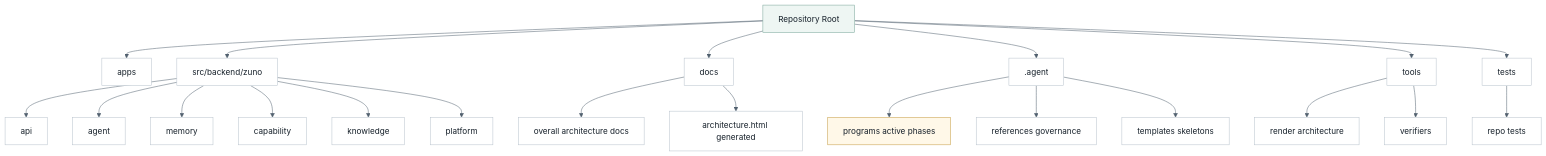
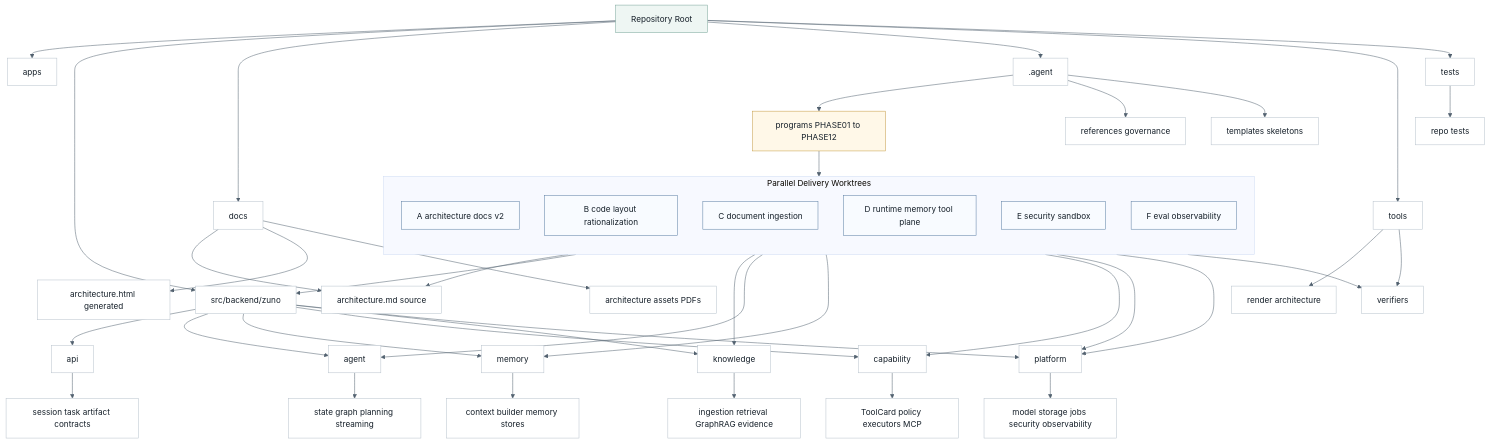
Before and after one commit to ProfessorZhi/Zuno: the second of 10 diagrams in .agent/architecture/architecture.md, drawn with Mermaid. The commit also changed other lines of this file and 18 other files, not shown here.

Commit message:
docs: absorb latest architecture research blueprint

````diff
--- a/.agent/architecture/architecture.md
+++ b/.agent/architecture/architecture.md
@@ -397,30 +434,59 @@
 ```mermaid
 %%{init: {"theme": "base", "themeVariables": {"background": "#f7f8fb", "lineColor": "#52616f"}}}%%
 flowchart TB
   classDef node fill:#ffffff,stroke:#b8c2cc,stroke-width:1px,color:#16202a;
   classDef accent fill:#eef6f3,stroke:#7aa59a,stroke-width:1px,color:#16202a;
   classDef guard fill:#fff8e8,stroke:#c59b43,stroke-width:1px,color:#16202a;
+  classDef work fill:#f8fbff,stroke:#5b7fa3,stroke-width:1px,color:#16202a;
 
   R["Repository Root"]:::accent
   R --> APPS["apps"]
   R --> BACKEND["src/backend/zuno"]
   R --> DOCS["docs"]
   R --> AGENT[".agent"]
   R --> TOOLS["tools"]
   R --> TESTS["tests"]
   BACKEND --> API["api"]
   BACKEND --> AG["agent"]
   BACKEND --> MEM["memory"]
   BACKEND --> CAP["capability"]
   BACKEND --> KNO["knowledge"]
   BACKEND --> PLA["platform"]
-  DOCS --> FORMAL["overall architecture docs"]
+  API --> APISTATE["session task artifact contracts"]
+  AG --> RUNTIME["state graph planning streaming"]
+  MEM --> MEMSYS["context builder memory stores"]
+  CAP --> TOOLSYS["ToolCard policy executors MCP"]
+  KNO --> KNOWSYS["ingestion retrieval GraphRAG evidence"]
+  PLA --> PLATSYS["model storage jobs security observability"]
+  DOCS --> FORMAL["architecture.md source"]
   DOCS --> HTML["architecture.html generated"]
-  AGENT --> PROGRAM["programs active phases"]:::guard
+  DOCS --> ASSETS["architecture assets PDFs"]
+  AGENT --> PROGRAM["programs PHASE01 to PHASE12"]:::guard
   AGENT --> REFS["references governance"]
   AGENT --> TPL["templates skeletons"]
   TOOLS --> RENDER["render architecture"]
   TOOLS --> VERIFY["verifiers"]
   TESTS --> REPO["repo tests"]
-  class APPS,BACKEND,DOCS,AGENT,TOOLS,TESTS,API,AG,MEM,CAP,KNO,PLA,FORMAL,HTML,REFS,TPL,RENDER,VERIFY,REPO node;
+
+  subgraph WORK["Parallel Delivery Worktrees"]
+    direction TB
+    WA["A architecture docs v2"]:::work
+    WB["B code layout rationalization"]:::work
+    WC["C document ingestion"]:::work
+    WD["D runtime memory tool plane"]:::work
+    WE["E security sandbox"]:::work
+    WF["F eval observability"]:::work
+  end
+
+  PROGRAM --> WORK
+  WA --> FORMAL
+  WB --> BACKEND
+  WC --> KNO
+  WD --> AG
+  WD --> MEM
+  WD --> CAP
+  WE --> PLA
+  WF --> PLA
+  WORK --> VERIFY
+  class APPS,BACKEND,DOCS,AGENT,TOOLS,TESTS,API,AG,MEM,CAP,KNO,PLA,APISTATE,RUNTIME,MEMSYS,TOOLSYS,KNOWSYS,PLATSYS,FORMAL,HTML,ASSETS,REFS,TPL,RENDER,VERIFY,REPO node;
 ```
````
